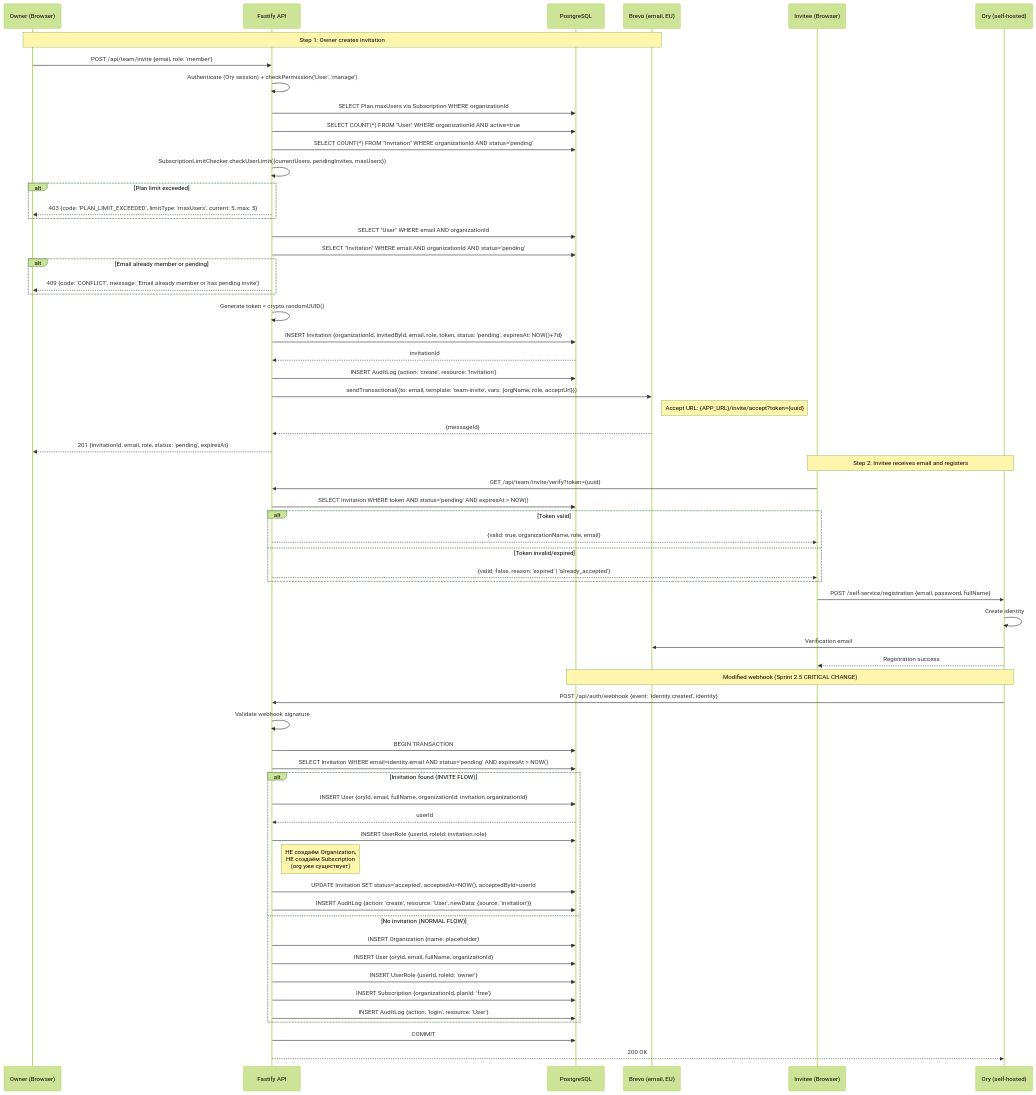
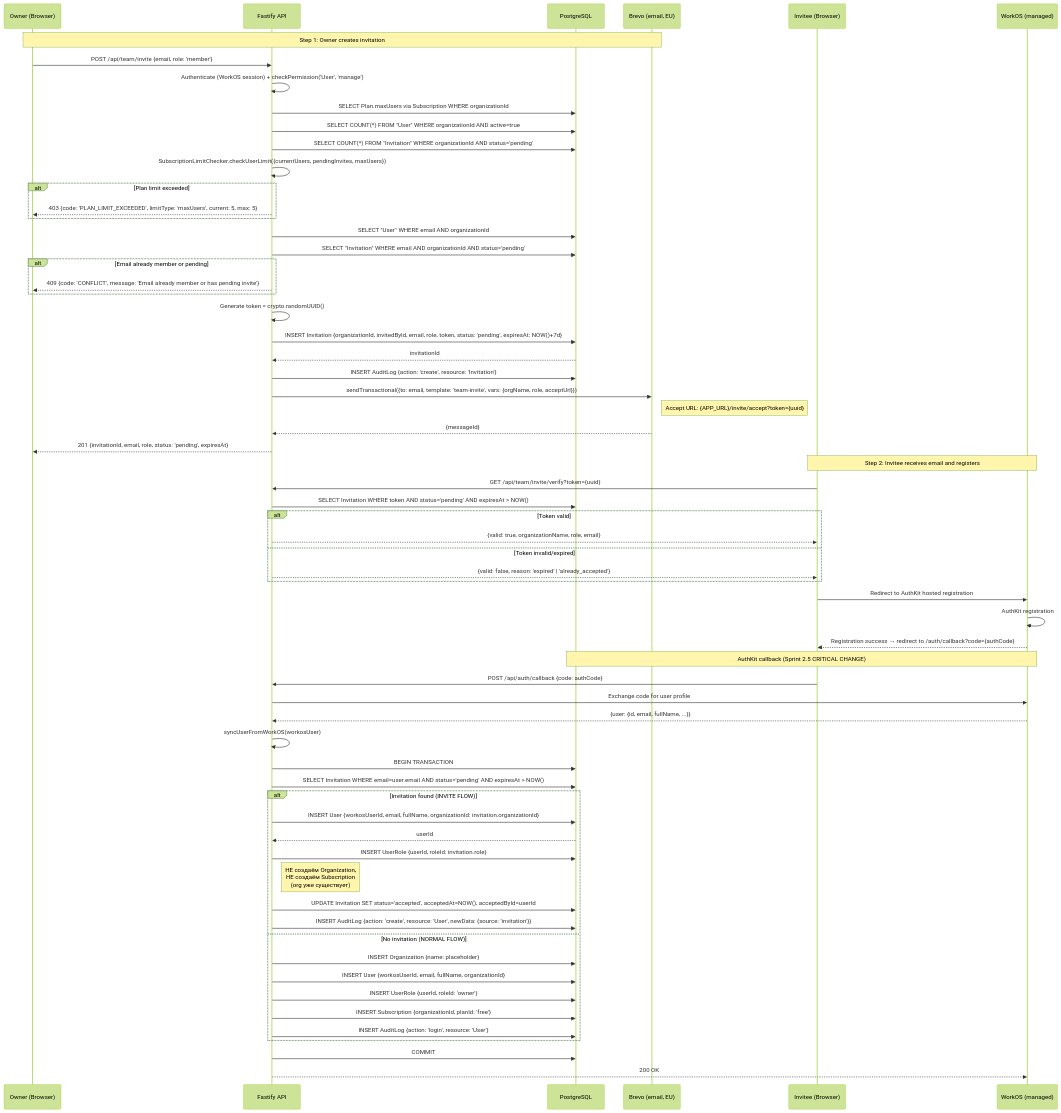
Before and after one commit to complior/complior: diagram 15 of 26 in docs/DATA-FLOWS.md, drawn with Mermaid (forest theme). The commit also changed other lines of this file and 133 other files, not shown here.

````diff
--- a/docs/DATA-FLOWS.md
+++ b/docs/DATA-FLOWS.md
@@ -768,77 +772,78 @@
 ```mermaid
 sequenceDiagram
     participant Owner as Owner (Browser)
     participant API as Fastify API
     participant DB as PostgreSQL
     participant Brevo as Brevo (email, EU)
     participant Invitee as Invitee (Browser)
-    participant Ory as Ory (self-hosted)
+    participant WorkOS as WorkOS (managed)
 
     Note over Owner,Brevo: Step 1: Owner creates invitation
     Owner->>API: POST /api/team/invite {email, role: 'member'}
-    API->>API: Authenticate (Ory session) + checkPermission('User', 'manage')
+    API->>API: Authenticate (WorkOS session) + checkPermission('User', 'manage')
 
     API->>DB: SELECT Plan.maxUsers via Subscription WHERE organizationId
     API->>DB: SELECT COUNT(*) FROM "User" WHERE organizationId AND active=true
     API->>DB: SELECT COUNT(*) FROM "Invitation" WHERE organizationId AND status='pending'
     API->>API: SubscriptionLimitChecker.checkUserLimit({currentUsers, pendingInvites, maxUsers})
 
     alt Plan limit exceeded
         API-->>Owner: 403 {code: 'PLAN_LIMIT_EXCEEDED', limitType: 'maxUsers', current: 5, max: 5}
     end
 
     API->>DB: SELECT "User" WHERE email AND organizationId
     API->>DB: SELECT "Invitation" WHERE email AND organizationId AND status='pending'
     alt Email already member or pending
         API-->>Owner: 409 {code: 'CONFLICT', message: 'Email already member or has pending invite'}
     end
 
     API->>API: Generate token = crypto.randomUUID()
     API->>DB: INSERT Invitation {organizationId, invitedById, email, role, token, status: 'pending', expiresAt: NOW()+7d}
     DB-->>API: invitationId
     API->>DB: INSERT AuditLog {action: 'create', resource: 'Invitation'}
 
     API->>Brevo: sendTransactional({to: email, template: 'team-invite', vars: {orgName, role, acceptUrl}})
     Note right of Brevo: Accept URL: {APP_URL}/invite/accept?token={uuid}
     Brevo-->>API: {messageId}
 
     API-->>Owner: 201 {invitationId, email, role, status: 'pending', expiresAt}
 
-    Note over Invitee,Ory: Step 2: Invitee receives email and registers
+    Note over Invitee,WorkOS: Step 2: Invitee receives email and registers
     Invitee->>API: GET /api/team/invite/verify?token={uuid}
     API->>DB: SELECT Invitation WHERE token AND status='pending' AND expiresAt > NOW()
     alt Token valid
         API-->>Invitee: {valid: true, organizationName, role, email}
     else Token invalid/expired
         API-->>Invitee: {valid: false, reason: 'expired' | 'already_accepted'}
     end
 
-    Invitee->>Ory: POST /self-service/registration {email, password, fullName}
-    Ory->>Ory: Create identity
-    Ory->>Brevo: Verification email
-    Ory-->>Invitee: Registration success
+    Invitee->>WorkOS: Redirect to AuthKit hosted registration
+    WorkOS->>WorkOS: AuthKit registration
+    WorkOS-->>Invitee: Registration success → redirect to /auth/callback?code={authCode}
 
-    Note over Ory,DB: Modified webhook (Sprint 2.5 CRITICAL CHANGE)
-    Ory->>API: POST /api/auth/webhook {event: 'identity.created', identity}
-    API->>API: Validate webhook signature
+    Note over WorkOS,DB: AuthKit callback (Sprint 2.5 CRITICAL CHANGE)
+    Invitee->>API: POST /api/auth/callback {code: authCode}
+    API->>WorkOS: Exchange code for user profile
+    WorkOS-->>API: {user: {id, email, fullName, ...}}
+    API->>API: syncUserFromWorkOS(workosUser)
     API->>DB: BEGIN TRANSACTION
-    API->>DB: SELECT Invitation WHERE email=identity.email AND status='pending' AND expiresAt > NOW()
+    API->>DB: SELECT Invitation WHERE email=user.email AND status='pending' AND expiresAt > NOW()
 
     alt Invitation found (INVITE FLOW)
-        API->>DB: INSERT User {oryId, email, fullName, organizationId: invitation.organizationId}
+        API->>DB: INSERT User {workosUserId, email, fullName, organizationId: invitation.organizationId}
         DB-->>API: userId
         API->>DB: INSERT UserRole {userId, roleId: invitation.role}
         Note right of API: НЕ создаём Organization,<br/>НЕ создаём Subscription<br/>(org уже существует)
         API->>DB: UPDATE Invitation SET status='accepted', acceptedAt=NOW(), acceptedById=userId
         API->>DB: INSERT AuditLog {action: 'create', resource: 'User', newData: {source: 'invitation'}}
     else No invitation (NORMAL FLOW)
         API->>DB: INSERT Organization {name: placeholder}
-        API->>DB: INSERT User {oryId, email, fullName, organizationId}
+        API->>DB: INSERT User {workosUserId, email, fullName, organizationId}
         API->>DB: INSERT UserRole {userId, roleId: 'owner'}
         API->>DB: INSERT Subscription {organizationId, planId: 'free'}
         API->>DB: INSERT AuditLog {action: 'login', resource: 'User'}
     end
 
     API->>DB: COMMIT
-    API-->>Ory: 200 OK
+    API-->>WorkOS: 200 OK
 ```
````
